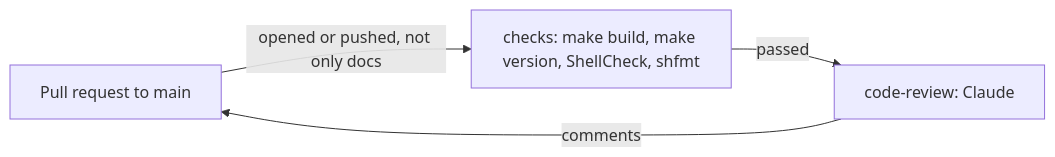
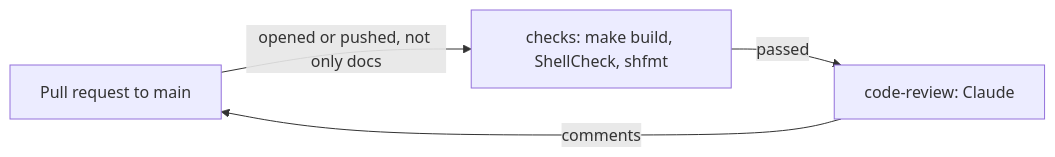
Before and after one commit to froazin/wsl: the diagram in docs/ci.md, drawn with Mermaid. The commit also changed other lines of this file and 32 other files, not shown here.

First line of the commit message:
refactor(tooling): Number the fragments and release by the user-data's hash

````diff
--- a/docs/ci.md
+++ b/docs/ci.md
@@ -20,8 +20,8 @@
 ```mermaid
 flowchart LR
     accTitle: The jobs that run on a pull request
-    accDescr: A pull request that changes more than docs starts the workflow. The checks job builds the config, checks the version and lints the shell scripts. When the checks pass, the code-review job runs Claude, which comments on the pull request.
-    pr["Pull request to main"] -->|"opened or pushed, not only docs"| checks["checks: make build, make version, ShellCheck, shfmt"]
+    accDescr: A pull request that changes more than docs starts the workflow. The checks job builds the user-data and lints the shell scripts. When the checks pass, the code-review job runs Claude, which comments on the pull request.
+    pr["Pull request to main"] -->|"opened or pushed, not only docs"| checks["checks: make build, ShellCheck, shfmt"]
     checks -->|passed| review["code-review: Claude"]
     review -->|comments| pr
 ```
````
